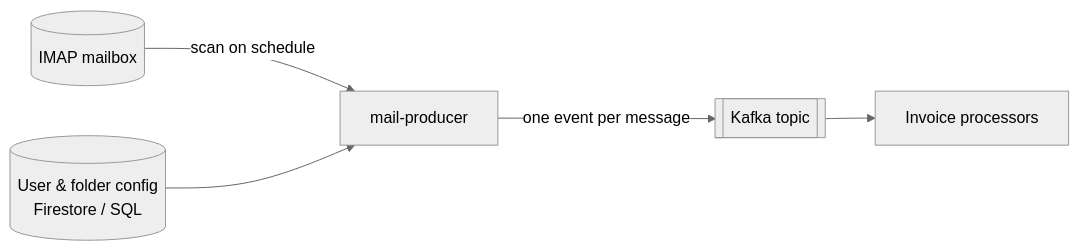
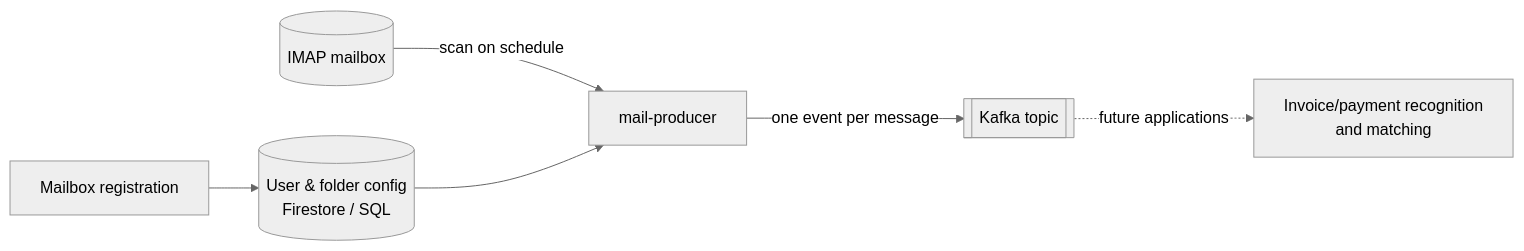
One commit to Guslarz/invoice-watcher changed the diagram in docs/index.md. Above: the diagram before and after it, drawn with Mermaid (neutral theme). The commit also changed other lines of this file and 128 other files, not shown here.

````diff
--- a/docs/index.md
+++ b/docs/index.md
@@ -6,7 +6,8 @@
 ```mermaid
 flowchart LR
   mail[(IMAP mailbox)] -->|scan on schedule| producer[mail-producer]
-  config[(User & folder config<br/>Firestore / SQL)] --> producer
+  registration[Mailbox registration] --> config[(User & folder config<br/>Firestore / SQL)]
+  config --> producer
   producer -->|one event per message| kafka[[Kafka topic]]
-  kafka --> processors[Invoice processors]
+  kafka -. future applications .-> processors[Invoice/payment recognition<br/>and matching]
 ```
````
